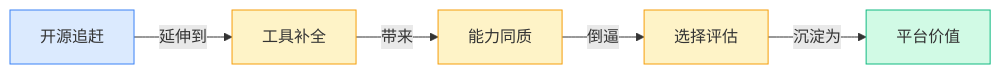
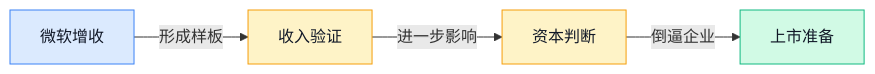
Before and after one commit to ylzsdafei/ai-daily-site: the second of 4 diagrams in content/cn/blog/weekly/2026-W16.md, drawn with Mermaid. The commit also changed other lines of this file and 1 other file, not shown here.

Commit message:
feat: 图谱移到文字前面（先看图再看分析）

````diff
--- a/content/cn/blog/weekly/2026-W16.md
+++ b/content/cn/blog/weekly/2026-W16.md
@@ -54,13 +43,10 @@
 ```mermaid
 graph LR
-A[开源追赶] -->|延伸到| B[工具补全]
-B -->|带来| C[能力同质]
-C -->|倒逼| D[选择评估]
-D -->|沉淀为| E[平台价值]
-classDef blue fill:#dbeafe,stroke:#3b82f6
-classDef yellow fill:#fef3c7,stroke:#f59e0b
-classDef green fill:#d1fae5,stroke:#10b981
-class A blue
-class B,C,D yellow
-class E green
+    A[微软增收] -->|形成样板| B[收入验证] -->|进一步影响| C[资本判断] -->|倒逼企业| D[上市准备]
+    classDef blue fill:#dbeafe,stroke:#3b82f6,color:#111827
+    classDef yellow fill:#fef3c7,stroke:#f59e0b,color:#111827
+    classDef green fill:#d1fae5,stroke:#10b981,color:#111827
+    class A blue
+    class B,C yellow
+    class D green
 ```
````
